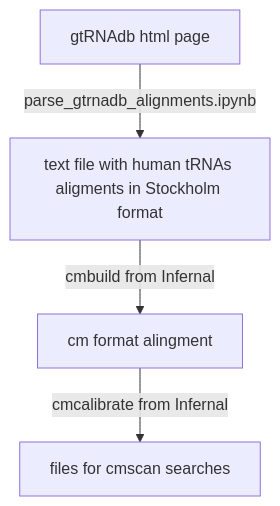
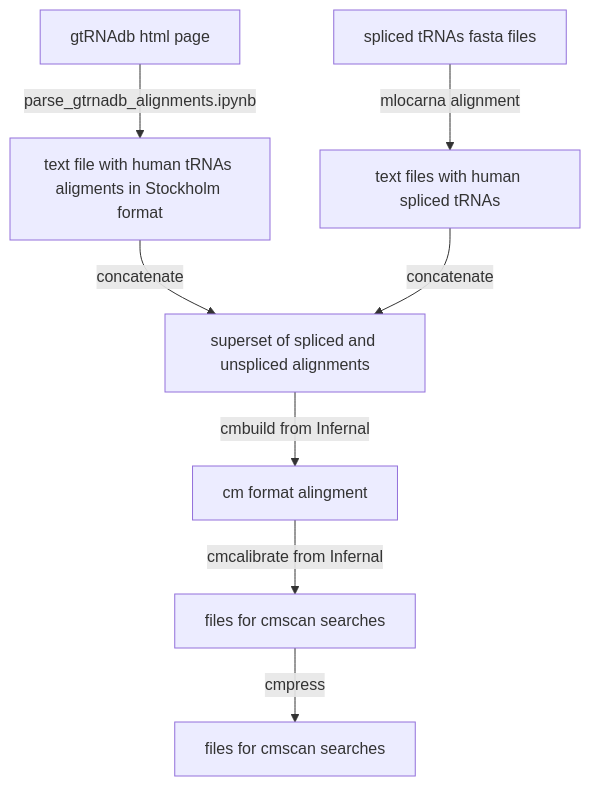
The third of 3 diagrams in doc/workflow_mermaid.md (Cancer-Genomics-TH/tRNA_methyl), drawn with Mermaid before and after one commit. The commit also changed other lines of this file, not shown here.

Commit message:
spliced/unspliced tRNA Stockholm for Infernal

````diff
--- a/doc/workflow_mermaid.md
+++ b/doc/workflow_mermaid.md
@@ -60,7 +61,11 @@
 ```mermaid
 graph TD
 
- html_aligment[gtRNAdb html page] --> |parse_gtrnadb_alignments.ipynb|stockholm_align[text file with human tRNAs aligments in Stockholm format]
-stockholm_align -->|cmbuild from Infernal |cm_file[cm format alingment]
-cm_file --> |cmcalibrate from Infernal |cm_files_calibrated[files for cmscan searches]
+html_aligment[gtRNAdb html page] --> |parse_gtrnadb_alignments.ipynb|stockholm_align_A[text file with human tRNAs aligments in Stockholm format]
+spliced_trnas[spliced tRNAs fasta files] --> |mlocarna alignment| spliced_sto_files[text files with human spliced tRNAs ]
+stockholm_align_A --> |concatenate | stockholm_align_all[superset of spliced and unspliced alignments]
+spliced_sto_files --> |concatenate | stockholm_align_all[superset of spliced and unspliced alignments]
+stockholm_align_all -->|cmbuild from Infernal |cm_file[cm format alingment]
+cm_file --> |cmcalibrate from Infernal |cm_calibrated[files for cmscan searches]
+cm_calibrated --> |cmpress |cm_files[files for cmscan searches]
 ```
````
